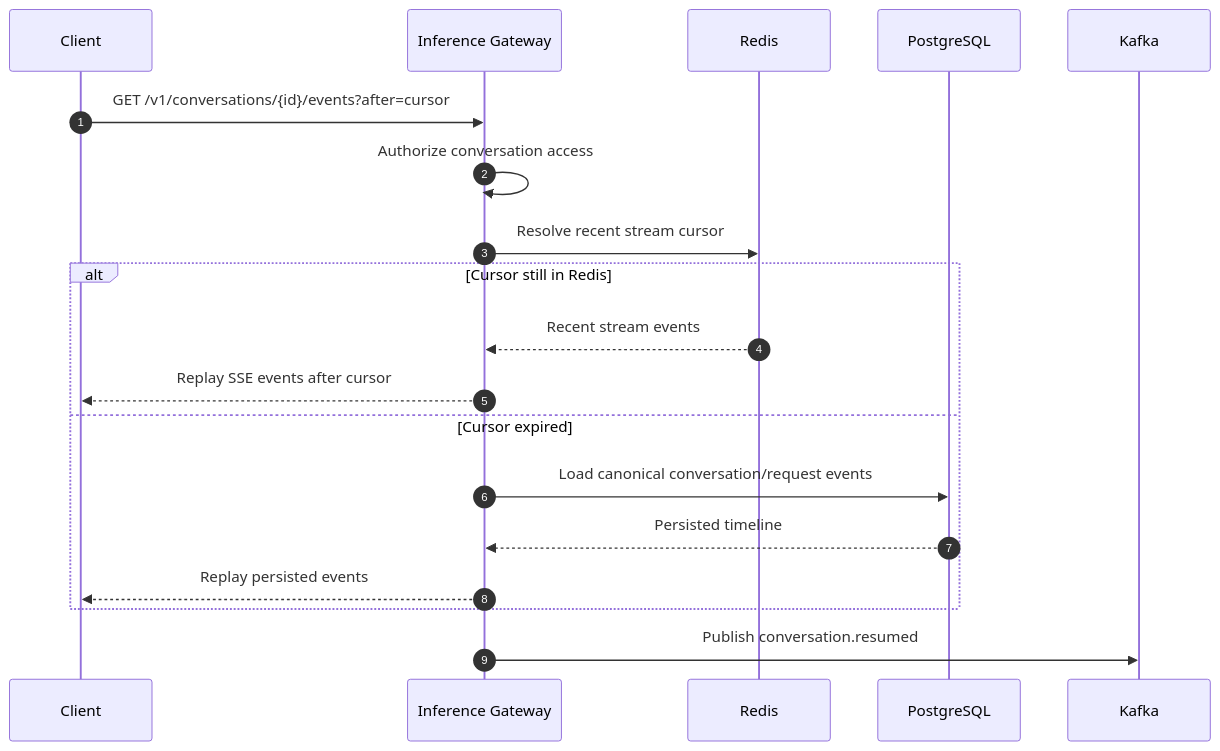
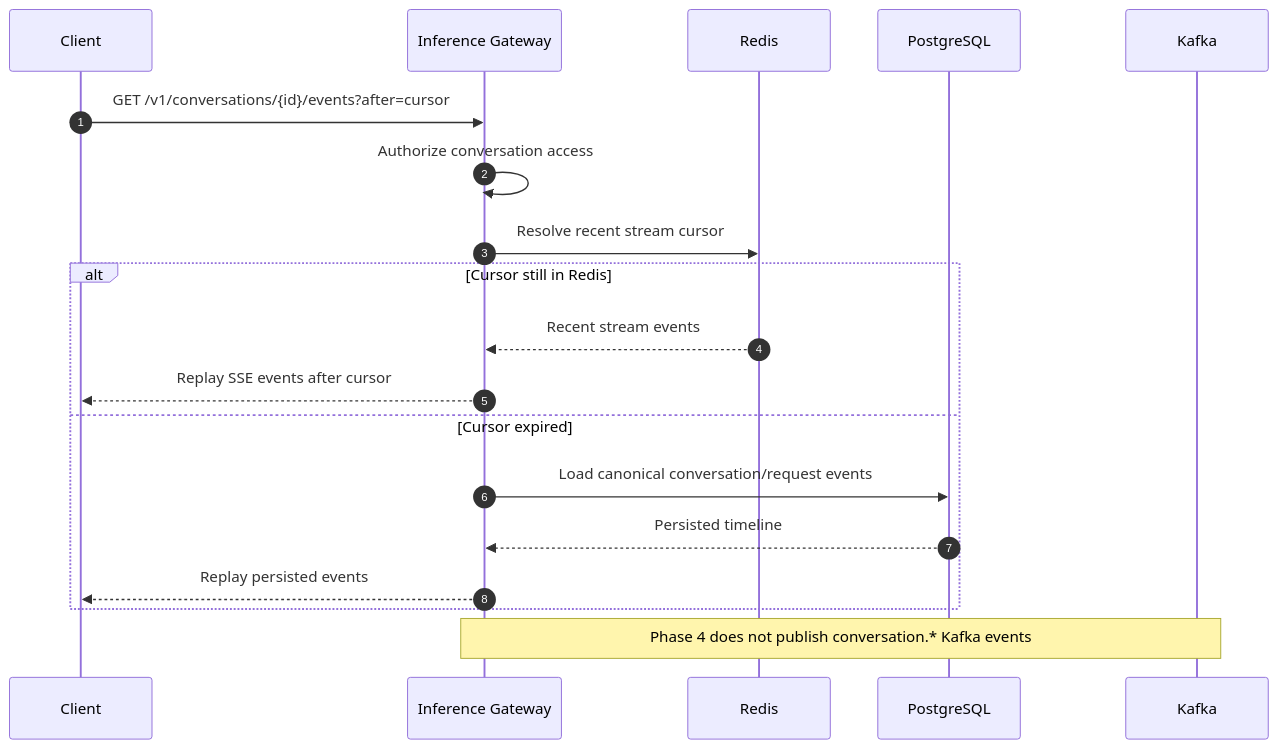
The sixth of 8 diagrams in docs/architecture/sequence-flows.md (pankaj45/llm-observability), drawn with Mermaid before and after one commit. The commit also changed 33 other files, not shown here.

````diff
--- a/docs/architecture/sequence-flows.md
+++ b/docs/architecture/sequence-flows.md
@@ -136,22 +136,22 @@
 ```mermaid
 sequenceDiagram
     autonumber
     participant Client
     participant Gateway as Inference Gateway
     participant Redis
     participant PG as PostgreSQL
     participant Kafka
 
     Client->>Gateway: GET /v1/conversations/{id}/events?after=cursor
     Gateway->>Gateway: Authorize conversation access
     Gateway->>Redis: Resolve recent stream cursor
     alt Cursor still in Redis
         Redis-->>Gateway: Recent stream events
         Gateway-->>Client: Replay SSE events after cursor
     else Cursor expired
         Gateway->>PG: Load canonical conversation/request events
         PG-->>Gateway: Persisted timeline
         Gateway-->>Client: Replay persisted events
     end
-    Gateway->>Kafka: Publish conversation.resumed
+    Note over Gateway,Kafka: Phase 4 does not publish conversation.* Kafka events
 ```
````
